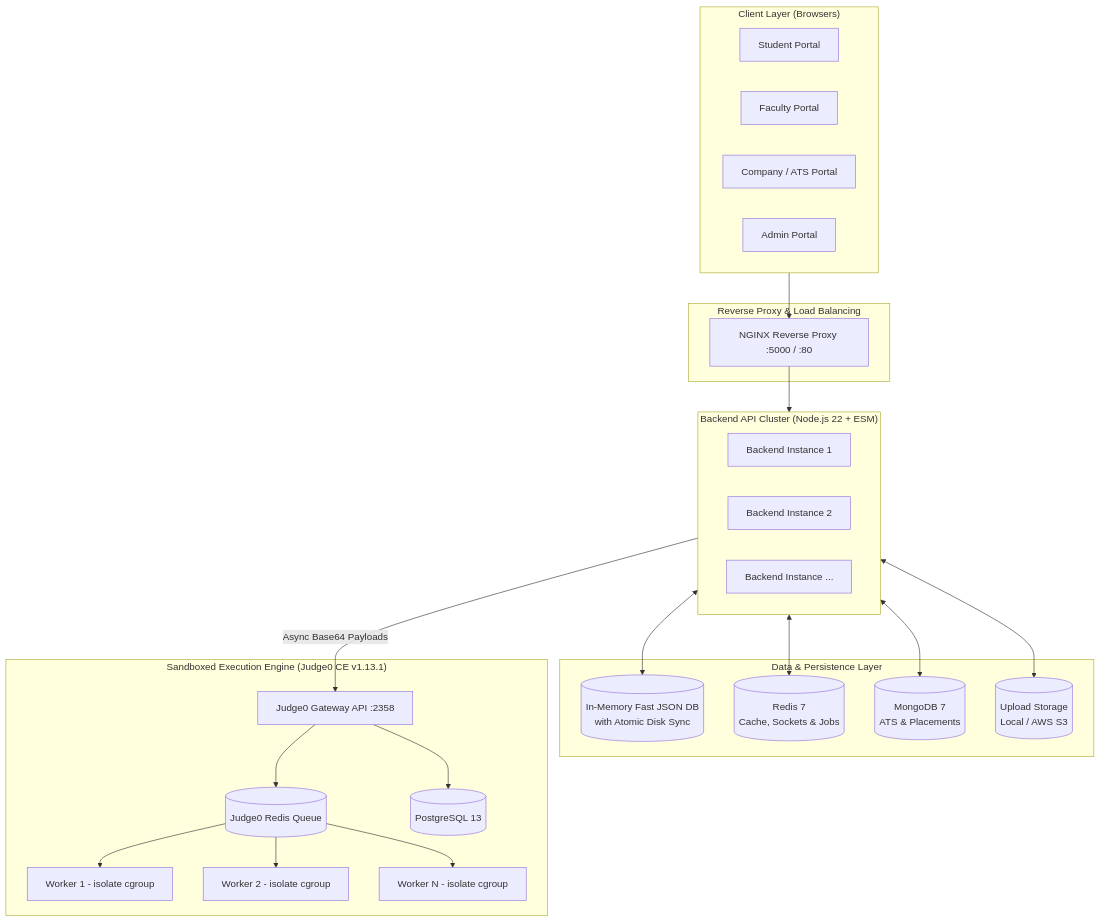
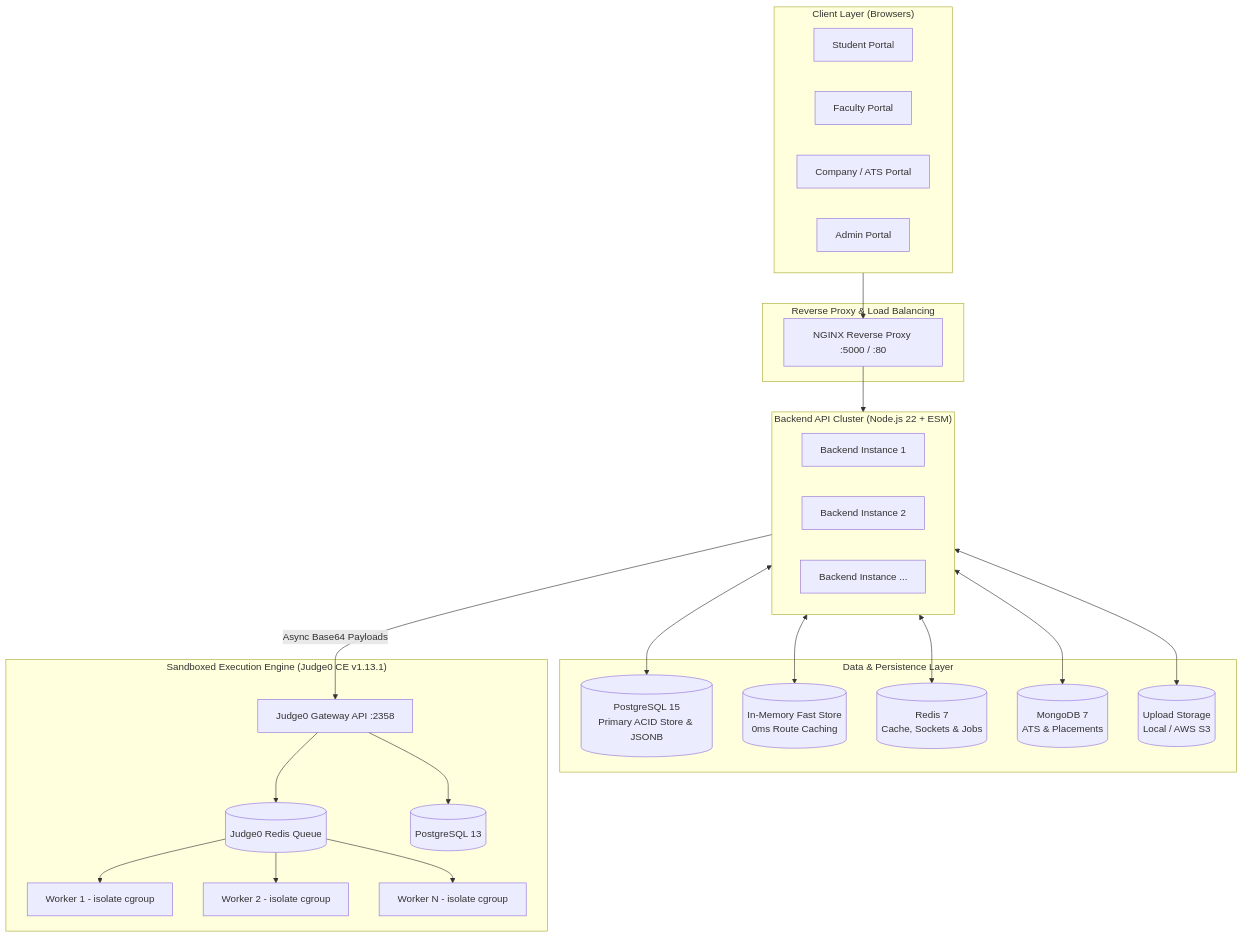
The diagram in README.md (CSrajput-ux/mujcode-), drawn with Mermaid before and after one commit. The commit also changed other lines of this file and 10 other files, not shown here.

Commit message:
feat(db): shift complete database persistence layer to PostgreSQL with auto-migration and Docker Compose service

````diff
--- a/README.md
+++ b/README.md
@@ -122,48 +123,50 @@
 ```mermaid
 flowchart TB
     subgraph Clients["Client Layer (Browsers)"]
         S[Student Portal]
         F[Faculty Portal]
         C[Company / ATS Portal]
         A[Admin Portal]
     end
 
     subgraph Edge["Reverse Proxy & Load Balancing"]
         NGX[NGINX Reverse Proxy :5000 / :80]
     end
 
     subgraph BackendCluster["Backend API Cluster (Node.js 22 + ESM)"]
         B1[Backend Instance 1]
         B2[Backend Instance 2]
         B3[Backend Instance ...]
     end
 
     subgraph StorageLayer["Data & Persistence Layer"]
-        MEM[(In-Memory Fast JSON DB<br/>with Atomic Disk Sync)]
+        PG[(PostgreSQL 15<br/>Primary ACID Store & JSONB)]
+        MEM[(In-Memory Fast Store<br/>0ms Route Caching)]
         REDIS[(Redis 7<br/>Cache, Sockets & Jobs)]
         MONGO[(MongoDB 7<br/>ATS & Placements)]
         S3[(Upload Storage<br/>Local / AWS S3)]
     end
 
     subgraph JudgeCluster["Sandboxed Execution Engine (Judge0 CE v1.13.1)"]
         J_SRV[Judge0 Gateway API :2358]
         J_Q[(Judge0 Redis Queue)]
         J_DB[(PostgreSQL 13)]
         J_W1[Worker 1 - isolate cgroup]
         J_W2[Worker 2 - isolate cgroup]
         J_WN[Worker N - isolate cgroup]
     end
 
     Clients --> NGX
     NGX --> BackendCluster
 
+    BackendCluster <--> PG
     BackendCluster <--> MEM
     BackendCluster <--> REDIS
     BackendCluster <--> MONGO
     BackendCluster <--> S3
 
     BackendCluster -- "Async Base64 Payloads" --> J_SRV
     J_SRV --> J_Q
     J_SRV --> J_DB
     J_Q --> J_W1 & J_W2 & J_WN
 ```
````
